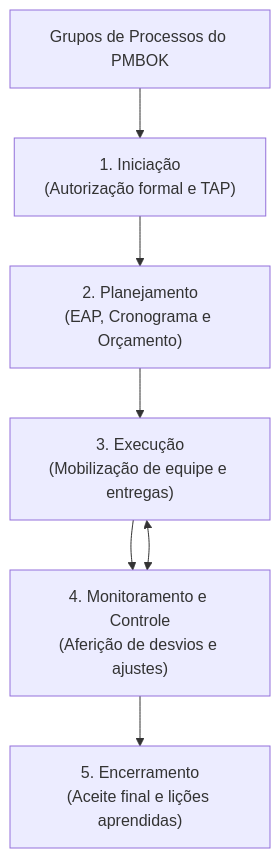
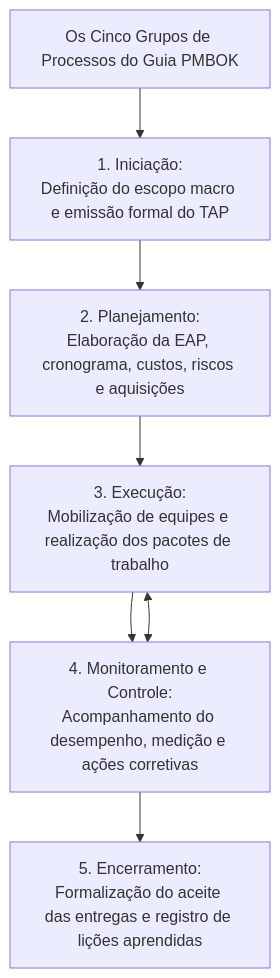
One commit to thiagosantos346/TCE-GO-2027 changed the sixth of 6 diagrams in fontes_de_estudo/conhecimentos_especificos_a01_tecnico_administrativo/21_nocoes_de_administracao_publica/03_gestao_da_qualidade_processos_projetos_e_decreto_9094.md. Above: the diagram before and after it, drawn with Mermaid. The commit also changed other lines of this file and 119 other files, not shown here.

````diff
--- a/fontes_de_estudo/conhecimentos_especificos_a01_tecnico_administrativo/21_nocoes_de_administracao_publica/03_gestao_da_qualidade_processos_projetos_e_decreto_9094.md
+++ b/fontes_de_estudo/conhecimentos_especificos_a01_tecnico_administrativo/21_nocoes_de_administracao_publica/03_gestao_da_qualidade_processos_projetos_e_decreto_9094.md
@@ -187,12 +216,12 @@
 ```mermaid
 flowchart TD
-    PMBOK["Grupos de Processos do PMBOK"]
+    Grupos["Os Cinco Grupos de Processos do Guia PMBOK"]
     
-    PMBOK --> Inic["1. Iniciação<br/>(Autorização formal e TAP)"]
-    Inic --> Plan["2. Planejamento<br/>(EAP, Cronograma e Orçamento)"]
-    Plan --> Exec["3. Execução<br/>(Mobilização de equipe e entregas)"]
-    Exec --> Mon["4. Monitoramento e Controle<br/>(Aferição de desvios e ajustes)"]
-    Mon --> Enc["5. Encerramento<br/>(Aceite final e lições aprendidas)"]
+    Grupos --> G1["1. Iniciação:<br/>Definição do escopo macro e emissão formal do TAP"]
+    G1 --> G2["2. Planejamento:<br/>Elaboração da EAP, cronograma, custos, riscos e aquisições"]
+    G2 --> G3["3. Execução:<br/>Mobilização de equipes e realização dos pacotes de trabalho"]
+    G3 --> G4["4. Monitoramento e Controle:<br/>Acompanhamento do desempenho, medição e ações corretivas"]
+    G4 --> G5["5. Encerramento:<br/>Formalização do aceite das entregas e registro de lições aprendidas"]
     
-    Exec <--> Mon
+    G3 <--> G4
 ```
````
